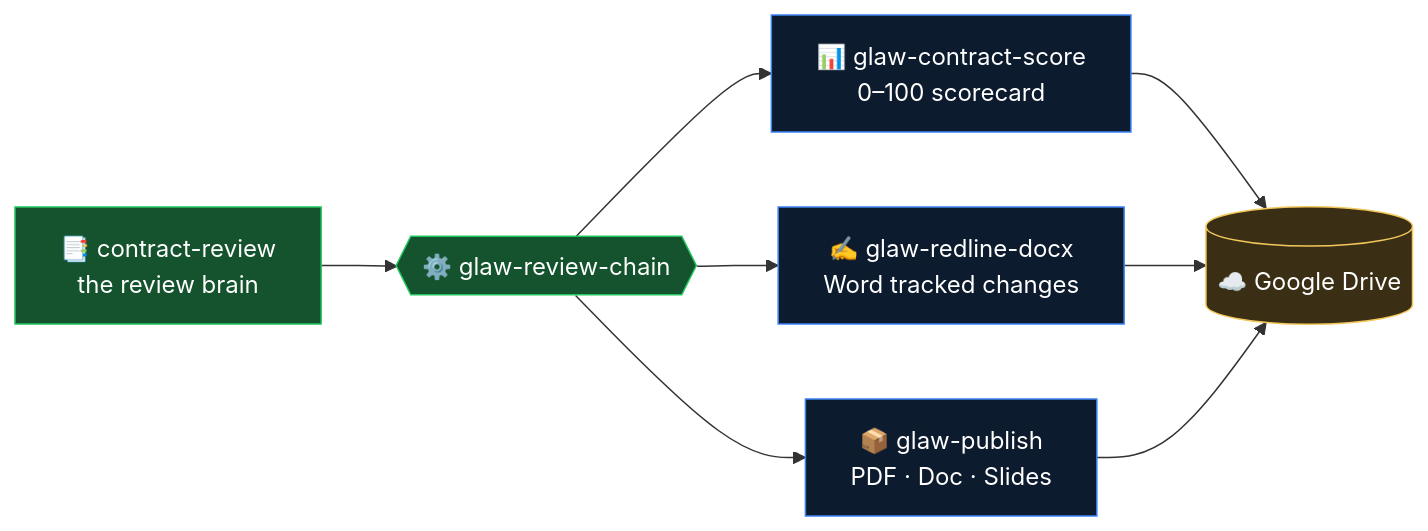
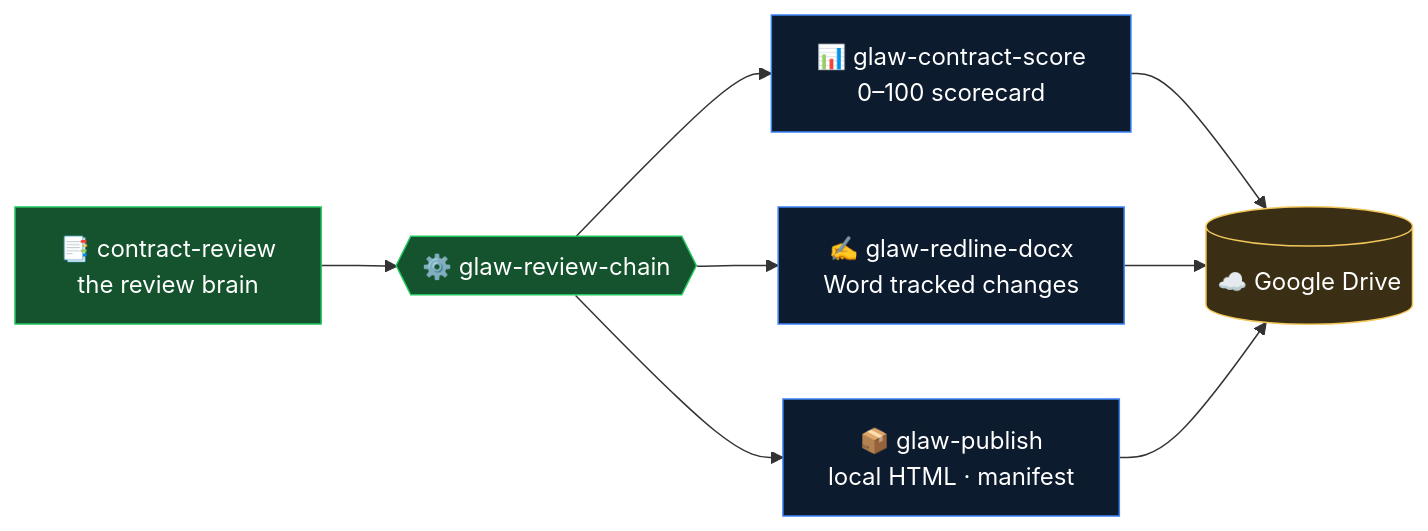
The fourth of 6 diagrams in README.md (rikitrader/glaw), drawn with Mermaid before and after one commit. The commit also changed other lines of this file and 192 other files, not shown here.

````diff
--- a/README.md
+++ b/README.md
@@ -261,16 +266,16 @@
 ```mermaid
 flowchart LR
     CR["📑 contract-review<br/>the review brain"] --> RC{{"⚙️ glaw-review-chain"}}
     RC --> SC["📊 glaw-contract-score<br/>0–100 scorecard"]
     RC --> RD["✍️ glaw-redline-docx<br/>Word tracked changes"]
-    RC --> PB["📦 glaw-publish<br/>PDF · Doc · Slides"]
+    RC --> PB["📦 glaw-publish<br/>local HTML · manifest"]
     SC --> DR[("☁️ Google Drive")]
     RD --> DR
     PB --> DR
     classDef brain fill:#14532d,stroke:#22c55e,color:#fff;
     classDef tool fill:#0d1b2e,stroke:#3B82F6,color:#fff;
     classDef out fill:#3a2e14,stroke:#F2C75B,color:#fff;
     class CR,RC brain
     class SC,RD,PB tool
     class DR out
 ```
````
